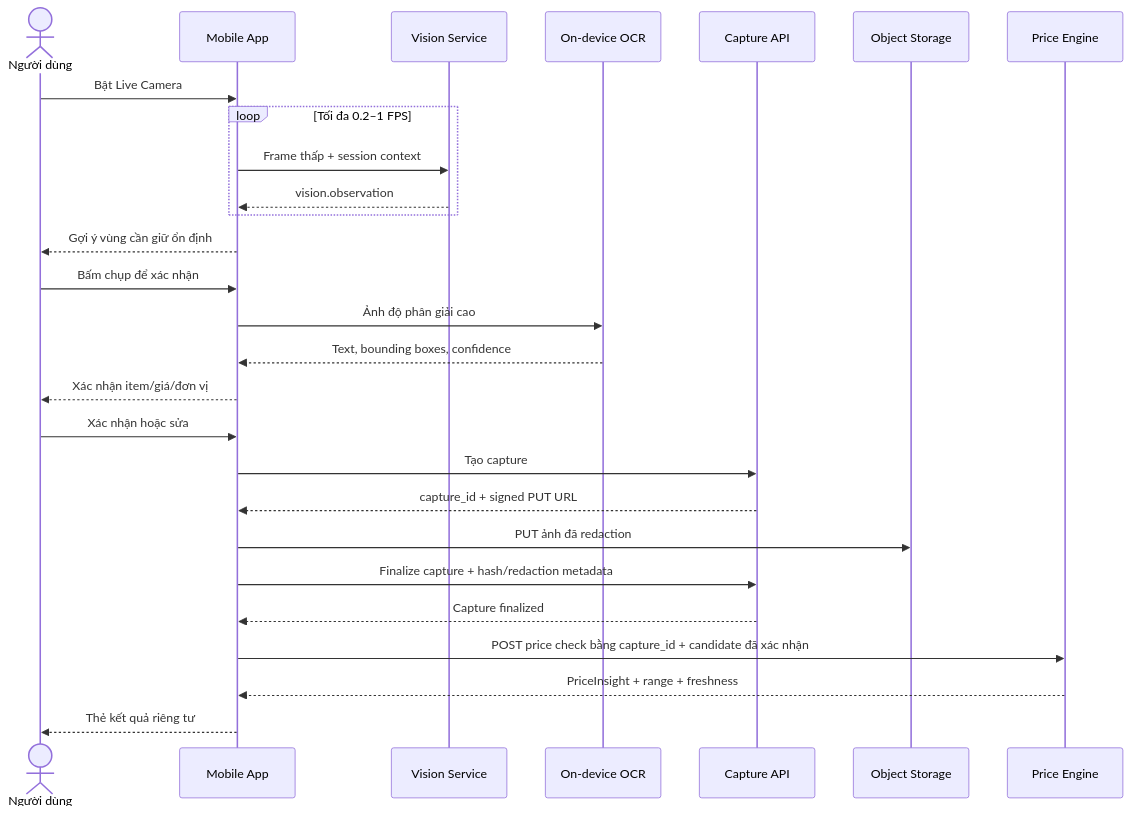
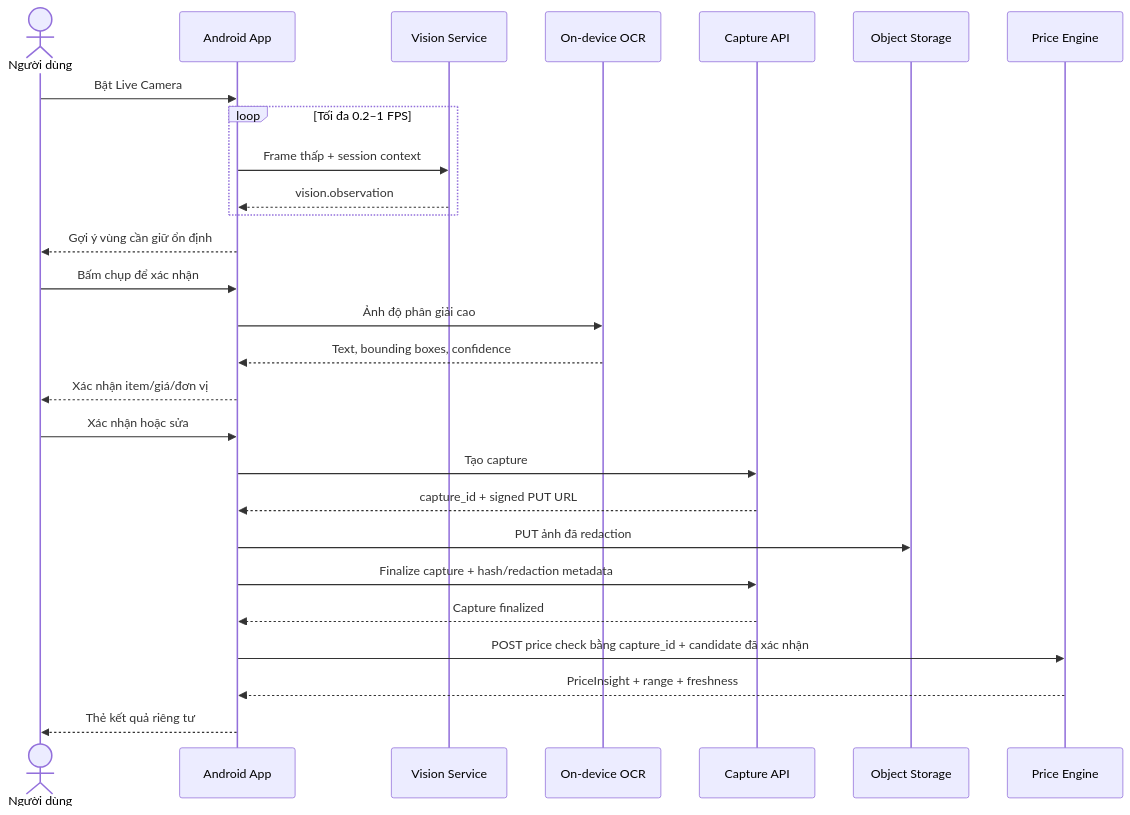
Before and after one commit to hackunix/tourtect: the third of 9 diagrams in docs/system-design.md, drawn with Mermaid. The commit also changed other lines of this file and 4 other files, not shown here.

```diff
--- a/docs/system-design.md
+++ b/docs/system-design.md
@@ -303,30 +307,30 @@
 ~~~mermaid
 sequenceDiagram
     actor User as Người dùng
-    participant App as Mobile App
+    participant App as Android App
     participant Vision as Vision Service
     participant OCR as On-device OCR
     participant Capture as Capture API
     participant Storage as Object Storage
     participant Price as Price Engine
 
     User->>App: Bật Live Camera
     loop Tối đa 0.2–1 FPS
         App->>Vision: Frame thấp + session context
         Vision-->>App: vision.observation
     end
     App-->>User: Gợi ý vùng cần giữ ổn định
     User->>App: Bấm chụp để xác nhận
     App->>OCR: Ảnh độ phân giải cao
     OCR-->>App: Text, bounding boxes, confidence
     App-->>User: Xác nhận item/giá/đơn vị
     User->>App: Xác nhận hoặc sửa
     App->>Capture: Tạo capture
     Capture-->>App: capture_id + signed PUT URL
     App->>Storage: PUT ảnh đã redaction
     App->>Capture: Finalize capture + hash/redaction metadata
     Capture-->>App: Capture finalized
     App->>Price: POST price check bằng capture_id + candidate đã xác nhận
     Price-->>App: PriceInsight + range + freshness
     App-->>User: Thẻ kết quả riêng tư
 ~~~
```
